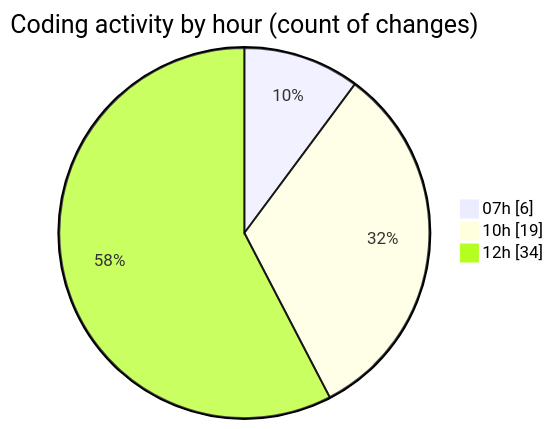
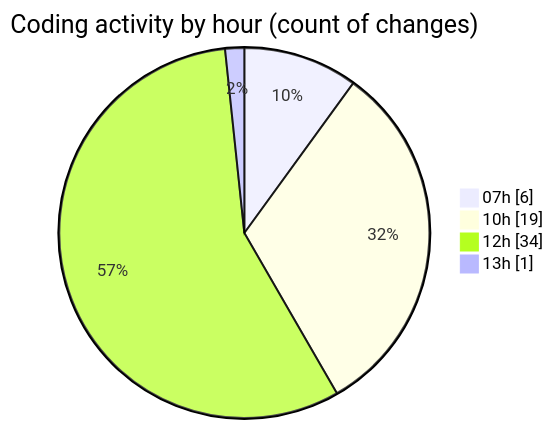
Before and after one commit to lephambinh05/code-tracking: the second of 2 diagrams in 2025-08-14/rentotp/README.md, drawn with Mermaid. The commit also changed other lines of this file and 1 other file, not shown here.

````diff
--- a/2025-08-14/rentotp/README.md
+++ b/2025-08-14/rentotp/README.md
@@ -34,7 +34,8 @@
 ```mermaid
 pie showData
 title Coding activity by hour (count of changes)
 "07h" : 6
 "10h" : 19
 "12h" : 34
+"13h" : 1
 ```
````
